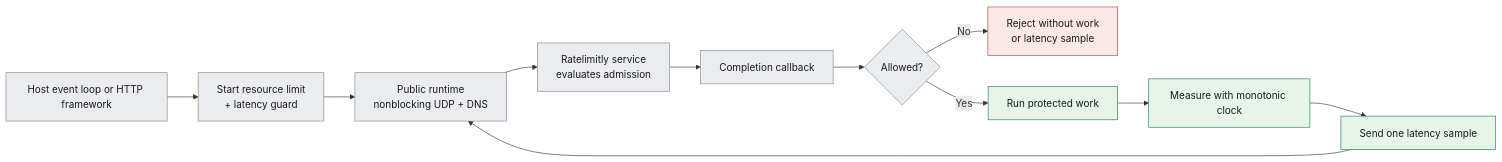
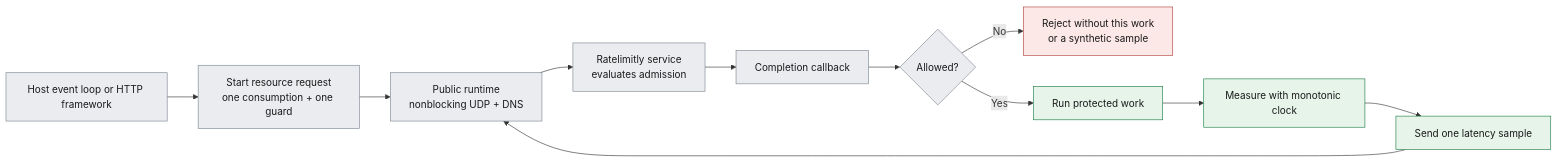
Before and after one commit to ratelimitly-com/rl-c-client: the first of 2 diagrams in examples/README.md, drawn with Mermaid. The commit also changed other lines of this file and 5 other files, not shown here.

````diff
--- a/examples/README.md
+++ b/examples/README.md
@@ -23,17 +31,17 @@
 ```mermaid
 flowchart LR
-    Host["Host event loop or HTTP framework"]:::neutral --> Admission["Start resource limit<br/>+ latency guard"]:::neutral
+    Host["Host event loop or HTTP framework"]:::neutral --> Admission["Start resource request<br/>one consumption + one guard"]:::neutral
     Admission --> Runtime["Public runtime<br/>nonblocking UDP + DNS"]:::neutral
     Runtime --> Service["Ratelimitly service<br/>evaluates admission"]:::neutral
     Service --> Callback["Completion callback"]:::neutral
     Callback --> Decision{"Allowed?"}:::neutral
-    Decision -->|No| Reject["Reject without work<br/>or latency sample"]:::danger
+    Decision -->|No| Reject["Reject without this work<br/>or a synthetic sample"]:::danger
     Decision -->|Yes| Work["Run protected work"]:::success
     Work --> Measure["Measure with monotonic clock"]:::success
     Measure --> Report["Send one latency sample"]:::success
     Report --> Runtime
 
     classDef neutral fill:#EAECEF,stroke:#7D8590,color:#1A1A1A;
     classDef danger fill:#FCE8E6,stroke:#B0413E,color:#1A1A1A;
     classDef success fill:#E6F4EA,stroke:#1E7E45,color:#1A1A1A;
 ```
````
